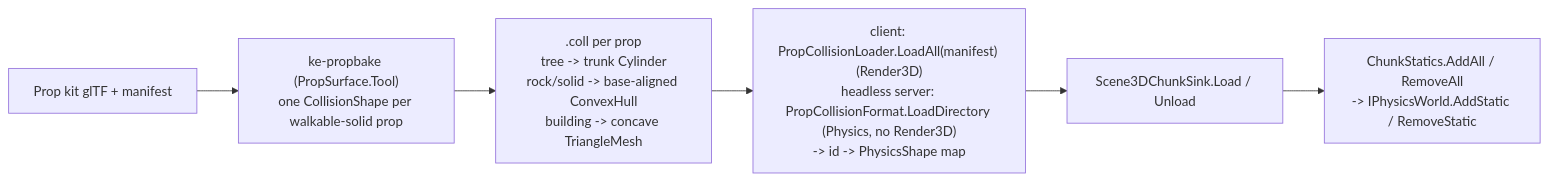
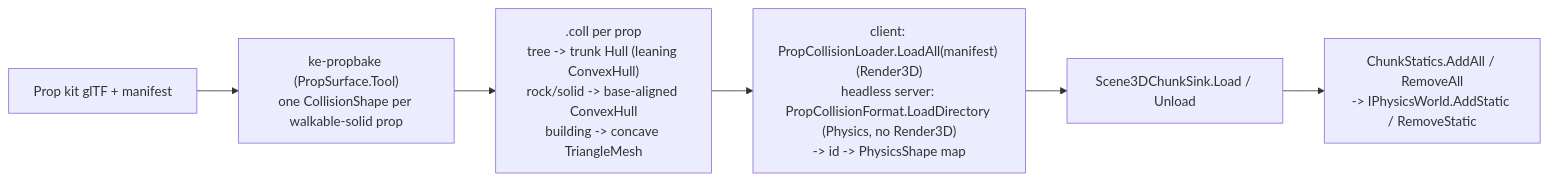
One commit to APKiwiOrg/KhaozEngine changed the second of 3 diagrams in docs/PHYSICS-PIPELINE.md. Above: the diagram before and after it, drawn with Mermaid. The commit also changed 5 other files, not shown here.

Commit message:
locomotion: add closed-shell trap-proof test + doc-sweep fixes (no em-dash, pipeline diagram, README catalog)

````diff
--- a/docs/PHYSICS-PIPELINE.md
+++ b/docs/PHYSICS-PIPELINE.md
@@ -57,8 +57,8 @@
 ```mermaid
 flowchart LR
     KIT["Prop kit glTF + manifest"] --> BAKE["ke-propbake (PropSurface.Tool)<br/>one CollisionShape per walkable-solid prop"]
-    BAKE --> COLL[".coll per prop<br/>tree -> trunk Cylinder<br/>rock/solid -> base-aligned ConvexHull<br/>building -> concave TriangleMesh"]
+    BAKE --> COLL[".coll per prop<br/>tree -> trunk Hull (leaning ConvexHull)<br/>rock/solid -> base-aligned ConvexHull<br/>building -> concave TriangleMesh"]
     COLL --> LOAD["client: PropCollisionLoader.LoadAll(manifest) (Render3D)<br/>headless server: PropCollisionFormat.LoadDirectory (Physics, no Render3D)<br/>-> id -> PhysicsShape map"]
     LOAD --> SINK["Scene3DChunkSink.Load / Unload"]
     SINK --> STAT["ChunkStatics.AddAll / RemoveAll<br/>-> IPhysicsWorld.AddStatic / RemoveStatic"]
 ```
````
